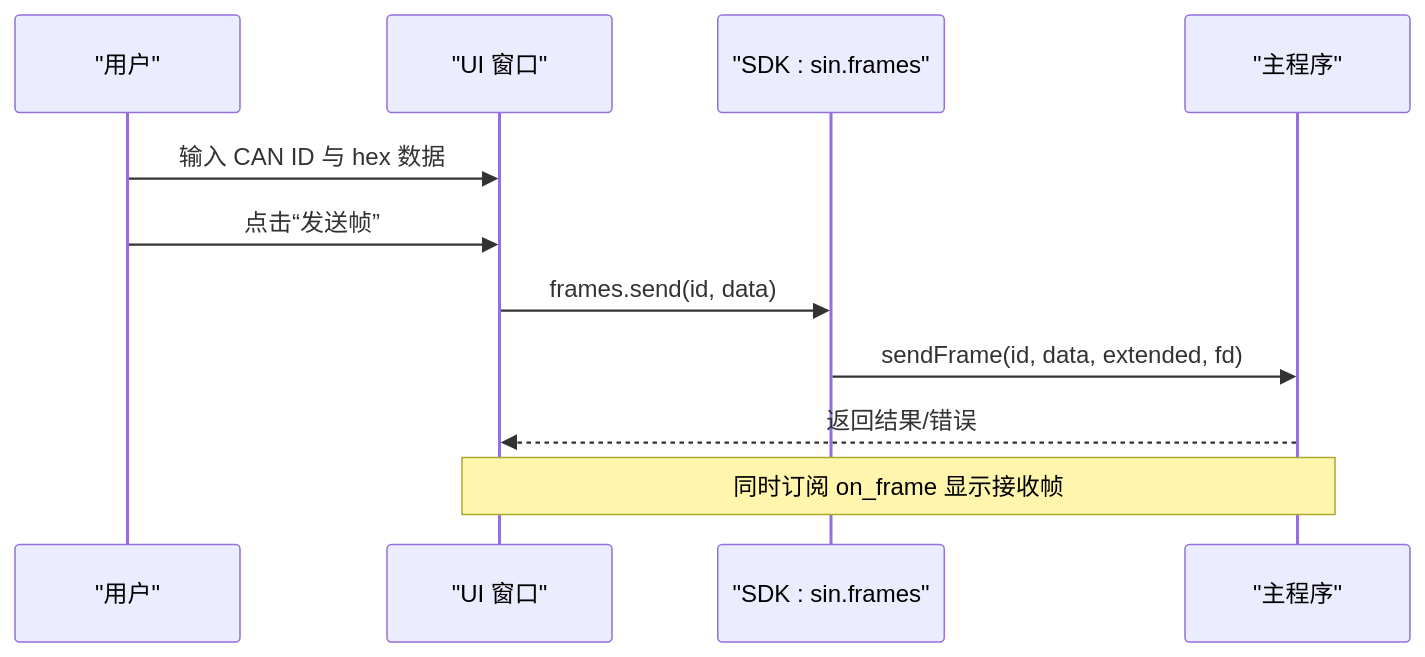
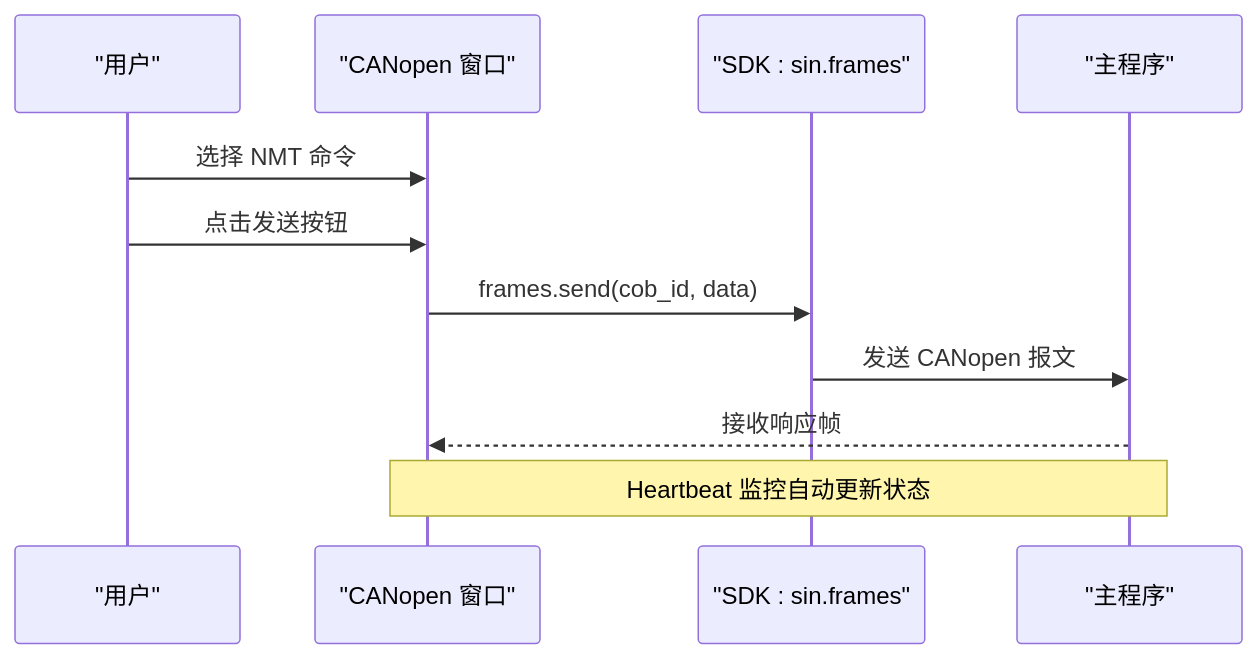
Before and after one commit to jakecai1225-design/OpenBus: the fifth of 9 diagrams in .qoder/repowiki/zh/content/开发指南/示例插件.md, drawn with Mermaid. The commit also changed other lines of this file and 57 other files, not shown here.

````diff
--- a/.qoder/repowiki/zh/content/开发指南/示例插件.md
+++ b/.qoder/repowiki/zh/content/开发指南/示例插件.md
@@ -194,13 +209,13 @@
 ```mermaid
 sequenceDiagram
 participant U as "用户"
-participant W as "UI 窗口"
+participant W as "CANopen 窗口"
 participant S as "SDK : sin.frames"
 participant M as "主程序"
-U->>W : 输入 CAN ID 与 hex 数据
-U->>W : 点击“发送帧”
-W->>S : frames.send(id, data)
-S->>M : sendFrame(id, data, extended, fd)
-M-->>W : 返回结果/错误
-Note over W,M : 同时订阅 on_frame 显示接收帧
+U->>W : 选择 NMT 命令
+U->>W : 点击发送按钮
+W->>S : frames.send(cob_id, data)
+S->>M : 发送 CANopen 报文
+M-->>W : 接收响应帧
+Note over W,M : Heartbeat 监控自动更新状态
 ```
````
